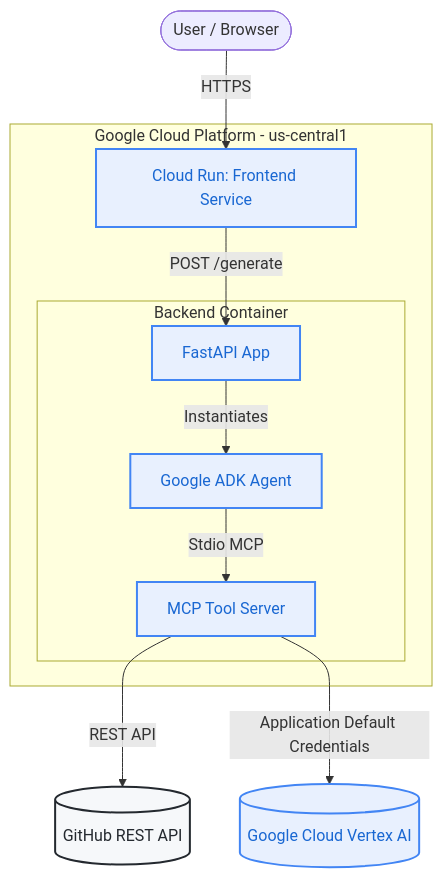
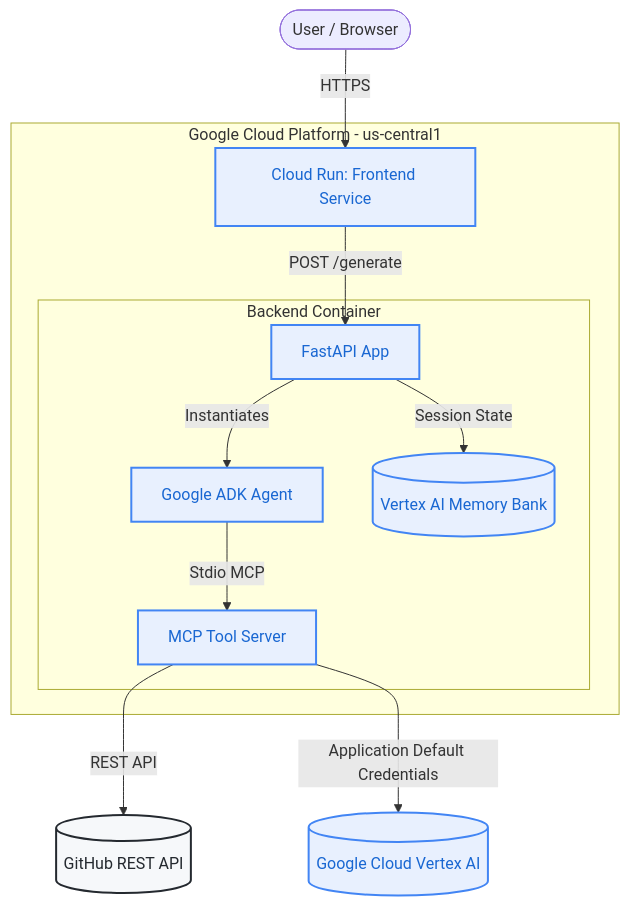
Before and after one commit to kkaustav/github-card-generator: the diagram in README.md, drawn with Mermaid.

Commit message:
docs: Add Vertex AI Memory Bank to architecture diagram

````diff
--- a/README.md
+++ b/README.md
@@ -15,24 +15,25 @@
 ```mermaid
 graph TD
     User([User / Browser]) -->|HTTPS| Frontend[Cloud Run: Frontend Service]
     Frontend -->|POST /generate| Backend[Cloud Run: Backend Service]
     
     subgraph GCP [Google Cloud Platform - us-central1]
         Frontend
         
         subgraph Backend Container
             Backend[FastAPI App] -->|Instantiates| Agent[Google ADK Agent]
+            Backend -->|Session State| MemoryBank[(Vertex AI Memory Bank)]
             Agent -->|Stdio MCP| MCPServer[MCP Tool Server]
         end
     end
     
     MCPServer -->|REST API| GitHubAPI[(GitHub REST API)]
     MCPServer -->|Application Default Credentials| VertexAI[(Google Cloud Vertex AI)]
     
     classDef gcp fill:#e8f0fe,stroke:#4285f4,stroke-width:2px,color:#1967d2
     classDef container fill:#fce8e6,stroke:#ea4335,stroke-width:2px,color:#a50e0e
     classDef external fill:#f6f8fa,stroke:#24292f,stroke-width:2px,color:#24292f
     
-    class Frontend,Backend,Agent,MCPServer,VertexAI gcp
+    class Frontend,Backend,Agent,MCPServer,VertexAI,MemoryBank gcp
     class GitHubAPI external
 ```
````
